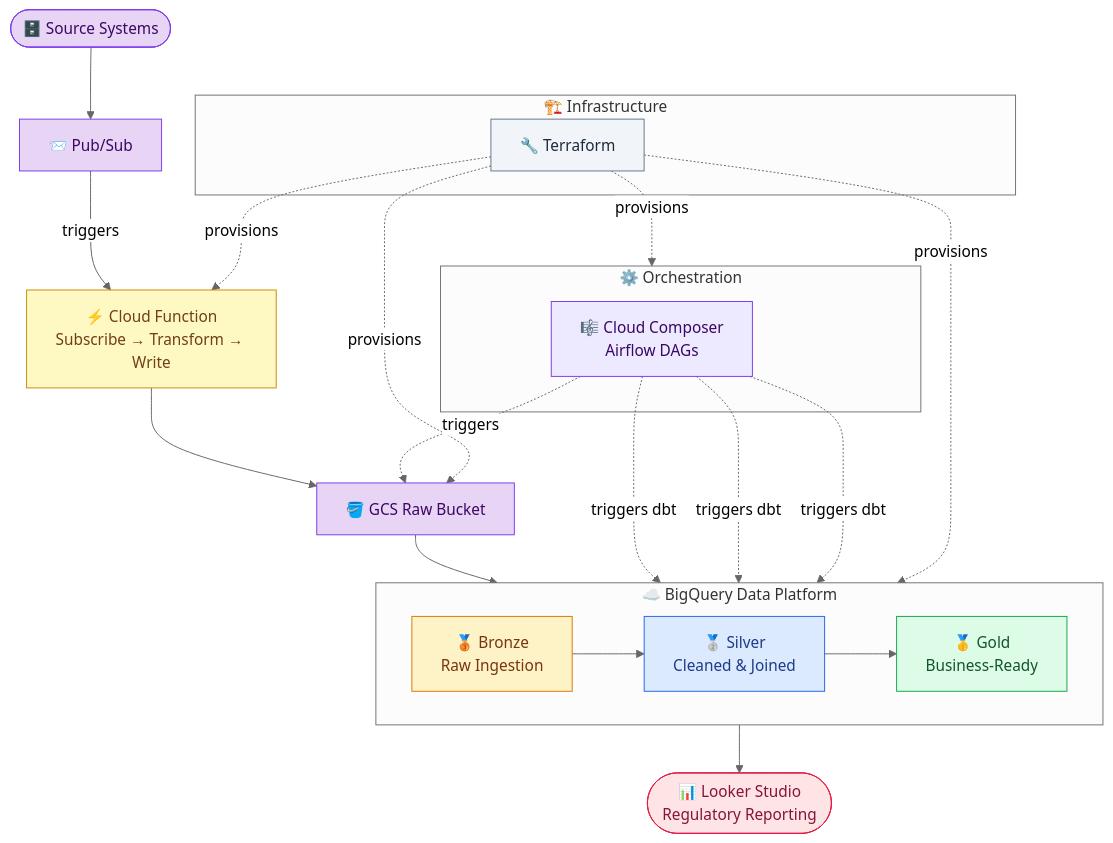
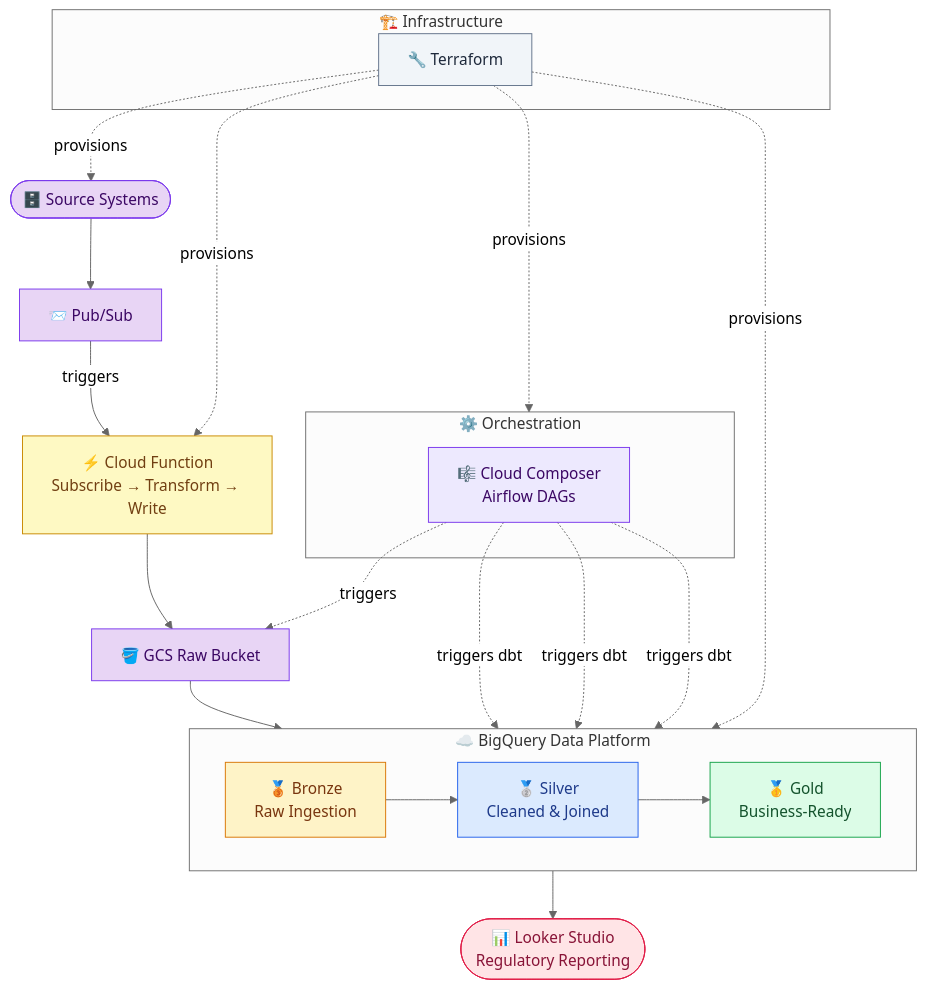
Before and after one commit to gaurabdawn/regulatory_reporting_on_gcp: the first of 2 diagrams in readme.md, drawn with Mermaid (neutral theme).

Commit message:
Update infrastructure provisioning diagram in README

````diff
--- a/readme.md
+++ b/readme.md
@@ -4,57 +4,57 @@
 ```mermaid
 flowchart TB
     %% ── INGESTION ──────────────────────────────────────
     A([🗄️ Source Systems]) --> B[📨 Pub/Sub]
     B -->|triggers| CF[⚡ Cloud Function\nSubscribe → Transform → Write]
     CF --> C[🪣 GCS Raw Bucket]
 
     %% ── BIGQUERY MEDALLION ─────────────────────────────
     subgraph BQ["☁️ BigQuery Data Platform"]
         direction LR
         D1[🥉 Bronze\nRaw Ingestion]
         D2[🥈 Silver\nCleaned & Joined]
         D3[🥇 Gold\nBusiness-Ready]
         D1 --> D2 --> D3
     end
     C --> D1
 
     %% ── SERVING ────────────────────────────────────────
     D3 --> E([📊 Looker Studio\nRegulatory Reporting])
 
     %% ── ORCHESTRATION ──────────────────────────────────
     subgraph ORC["⚙️ Orchestration"]
         F[🎼 Cloud Composer\nAirflow DAGs]
     end
     F -.->|triggers| C
     F -.->|triggers dbt| D1
     F -.->|triggers dbt| D2
     F -.->|triggers dbt| D3
 
     %% ── INFRA ──────────────────────────────────────────
     subgraph IaC["🏗️ Infrastructure"]
         H[🔧 Terraform]
     end
-    H -.->|provisions| C
+    H -.->|provisions| A
     H -.->|provisions| BQ
     H -.->|provisions| ORC
     H -.->|provisions| CF
 
     %% ── STYLING ────────────────────────────────────────
     classDef ingestion  fill:#e8d5f5,stroke:#7c3aed,color:#3b0764
     classDef functions  fill:#fef9c3,stroke:#ca8a04,color:#713f12
     classDef bronze     fill:#fef3c7,stroke:#d97706,color:#78350f
     classDef silver     fill:#dbeafe,stroke:#2563eb,color:#1e3a8a
     classDef gold       fill:#dcfce7,stroke:#16a34a,color:#14532d
     classDef serving    fill:#ffe4e6,stroke:#e11d48,color:#881337
     classDef orch       fill:#ede9fe,stroke:#7c3aed,color:#3b0764
     classDef infra      fill:#f1f5f9,stroke:#64748b,color:#1e293b
 
     class A,B,C ingestion
     class CF functions
     class D1 bronze
     class D2 silver
     class D3 gold
     class E serving
     class F orch
     class H infra
 ```
````
